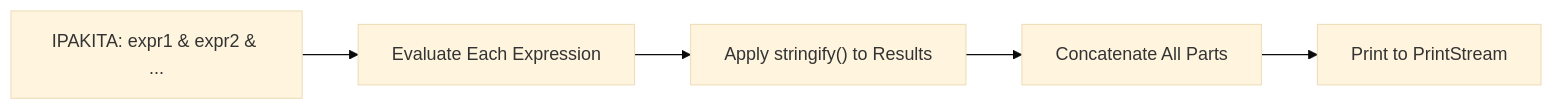
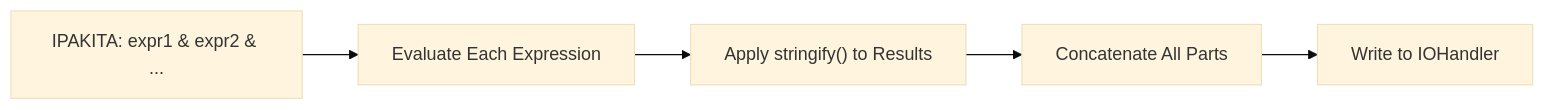
The sixth of 9 diagrams in docs/interpreter-specification.md (McKlay/bisaya-interpreter), drawn with Mermaid (base theme) before and after one commit. The commit also changed other lines of this file and 9 other files, not shown here.

````diff
--- a/docs/interpreter-specification.md
+++ b/docs/interpreter-specification.md
@@ -180,7 +273,7 @@
 ```mermaid
 flowchart LR
   IPAKITA[IPAKITA: expr1 & expr2 & ...] --> EVAL[Evaluate Each Expression]
   EVAL --> STRINGIFY["Apply stringify() to Results"]
   STRINGIFY --> CONCAT[Concatenate All Parts]
-  CONCAT --> OUTPUT[Print to PrintStream]
+  CONCAT --> OUTPUT[Write to IOHandler]
 ```
````
